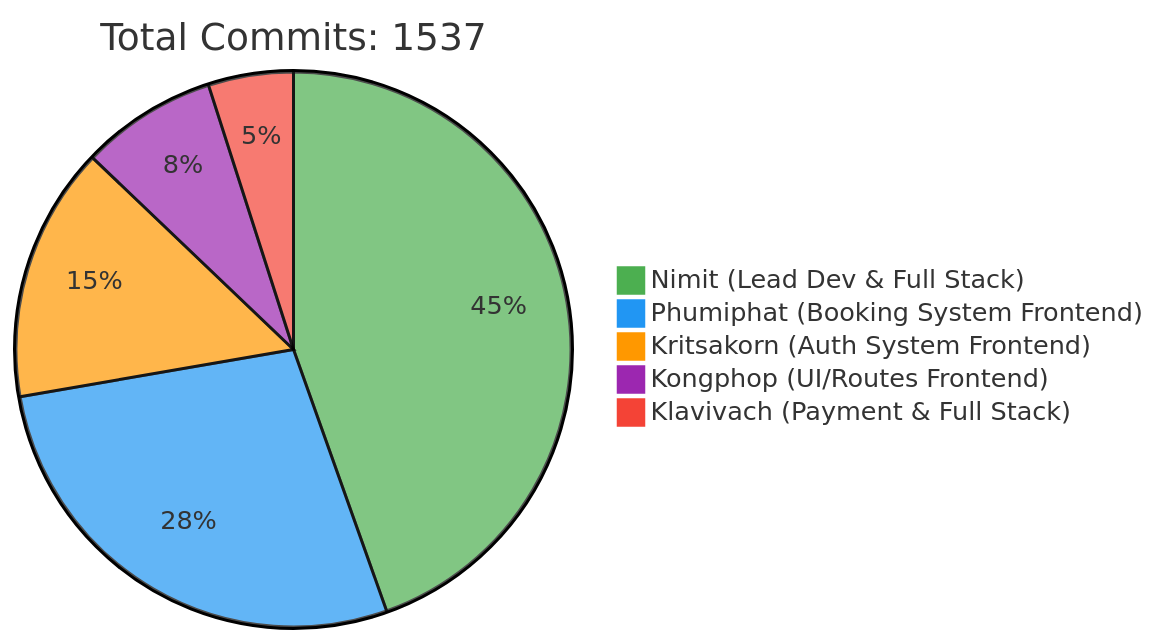
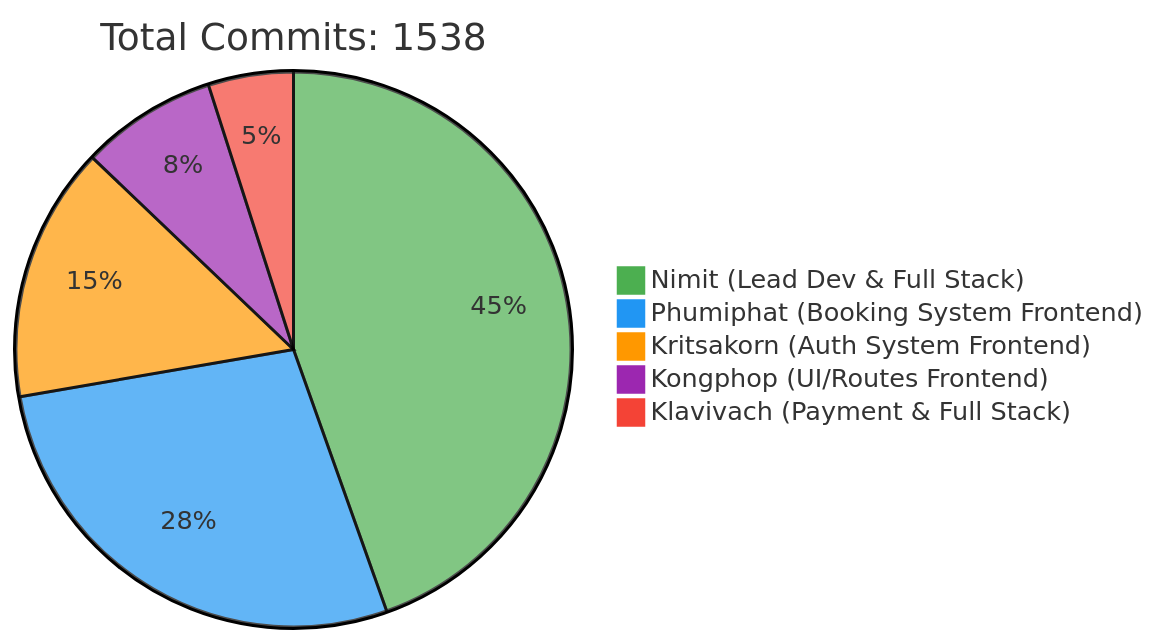
One commit to 6531503042/Sport-Complex changed the first of 2 diagrams in README.md. Above: the diagram before and after it, drawn with Mermaid. The commit also changed other lines of this file, not shown here.

Commit message:
docs: Update contributor statistics [skip ci]

````diff
--- a/README.md
+++ b/README.md
@@ -257,10 +257,10 @@
 ```mermaid
 %%{init: {'theme': 'base', 'themeVariables': { 'pie1': '#4CAF50', 'pie2': '#2196F3', 'pie3': '#FF9800', 'pie4': '#9C27B0', 'pie5': '#F44336'}}}%%
 pie
-    title Total Commits: 1537
+    title Total Commits: 1538
     "Nimit (Lead Dev & Full Stack)" : 450
     "Phumiphat (Booking System Frontend)" : 280
     "Kritsakorn (Auth System Frontend)" : 150
     "Kongphop (UI/Routes Frontend)" : 80
     "Klavivach (Payment & Full Stack)" : 50
 ```
````
